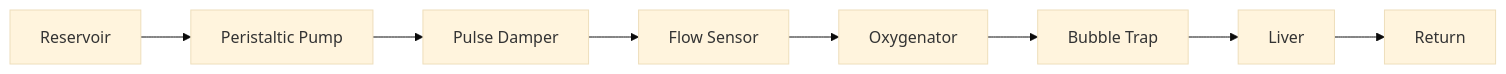
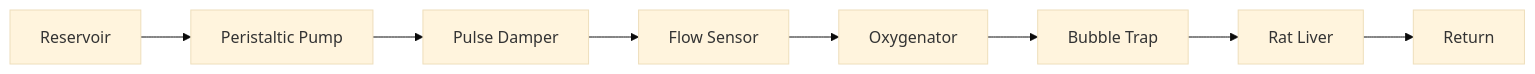
The diagram in portfolio.qmd (Eoweo/CarlosMoreno.github.io), drawn with Mermaid (base theme) before and after one commit. The commit also changed other lines of this file and 94 other files, not shown here.

````diff
--- a/portfolio.qmd
+++ b/portfolio.qmd
@@ -49,10 +39,10 @@
 ```{mermaid}
 flowchart LR
     A["Reservoir"] --> B["Peristaltic Pump"]
     B --> C["Pulse Damper"]
     C --> D["Flow Sensor"]
     D --> E["Oxygenator"]
     E --> F["Bubble Trap"]
-    F --> G["Liver"]
+    F --> G["Rat Liver"]
     G --> H["Return"]
 ```
````
